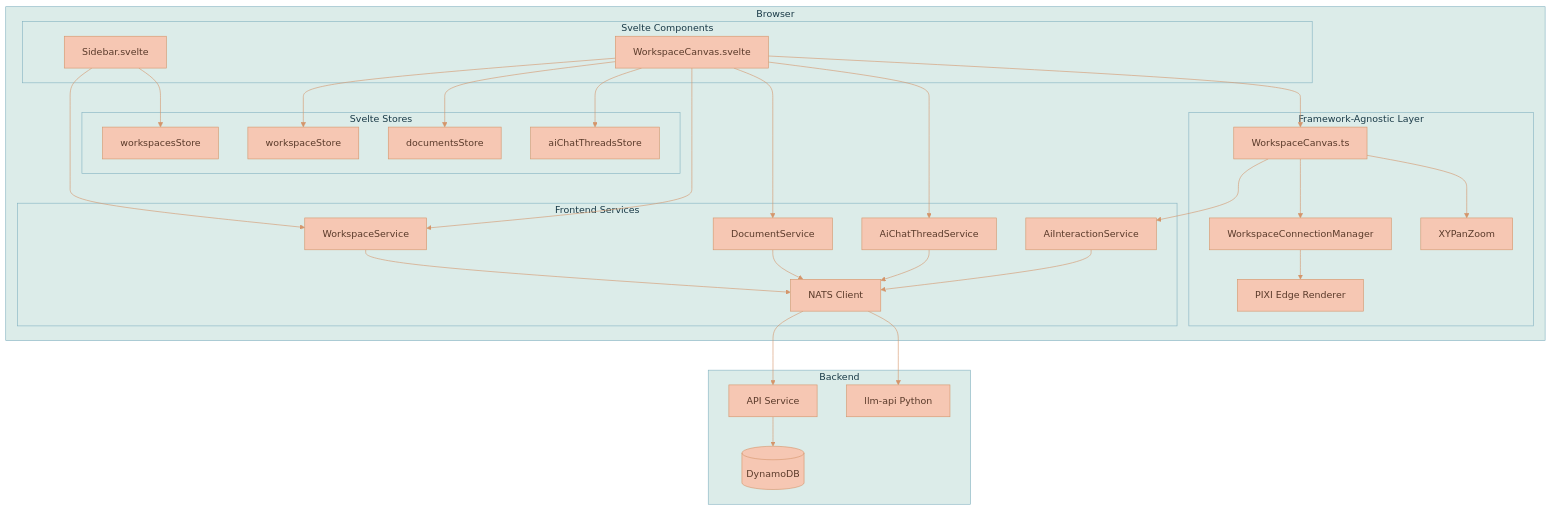
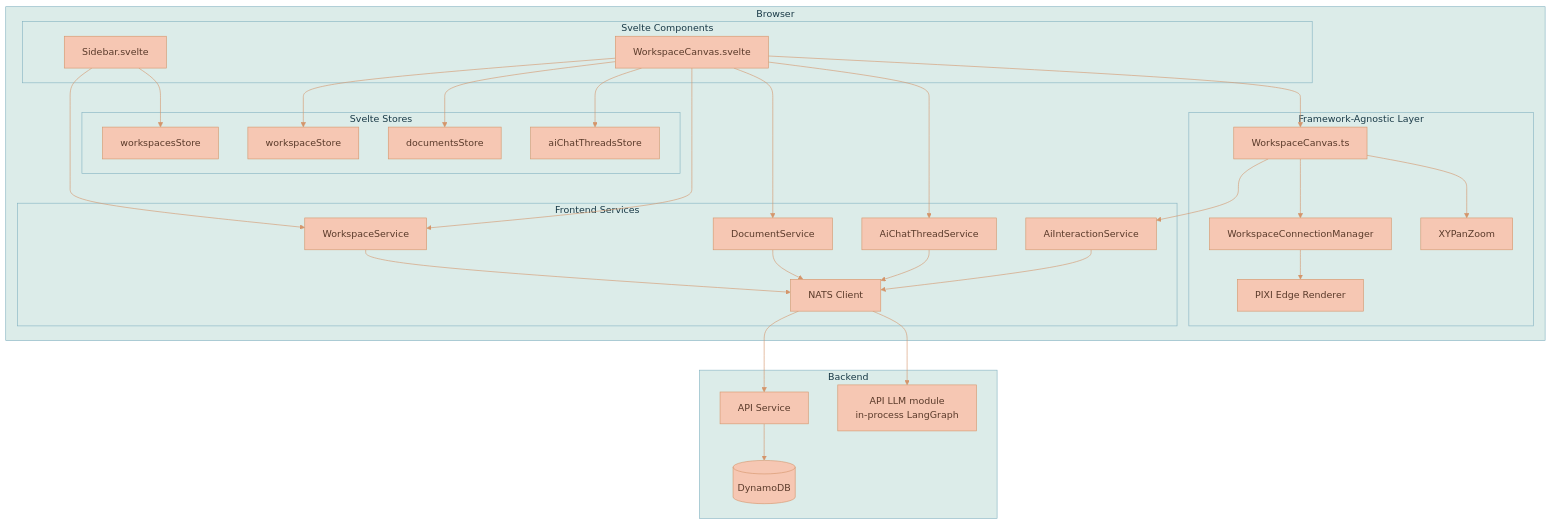
The first of 17 diagrams in documentation/features/WORKSPACE-FEATURE.md (Lixpi/lixpi), drawn with Mermaid before and after one commit. The commit also changed other lines of this file and 13 other files, not shown here.

````diff
--- a/documentation/features/WORKSPACE-FEATURE.md
+++ b/documentation/features/WORKSPACE-FEATURE.md
@@ -29,60 +31,60 @@
 ```mermaid
 %%{init: {'theme': 'base', 'themeVariables': { 'primaryColor': '#F6C7B3', 'primaryTextColor': '#5a3a2a', 'primaryBorderColor': '#d4956a', 'secondaryColor': '#C3DEDD', 'secondaryTextColor': '#1a3a47', 'secondaryBorderColor': '#4a8a9d', 'tertiaryColor': '#DCECE9', 'tertiaryTextColor': '#1a3a47', 'tertiaryBorderColor': '#82B2C0', 'lineColor': '#d4956a', 'textColor': '#5a3a2a'}}}%%
 flowchart TB
     subgraph Client["Browser"]
         subgraph Svelte["Svelte Components"]
             Sidebar[Sidebar.svelte]
             WCS[WorkspaceCanvas.svelte]
         end
 
         subgraph Stores["Svelte Stores"]
             WSS[workspacesStore]
             WS[workspaceStore]
             DS[documentsStore]
             TS[aiChatThreadsStore]
         end
 
         subgraph Infographics["Framework-Agnostic Layer"]
             WC[WorkspaceCanvas.ts]
             WCM[WorkspaceConnectionManager]
             XY[XYPanZoom]
             PER[PIXI Edge Renderer]
         end
 
         subgraph Services["Frontend Services"]
             WSvc[WorkspaceService]
             DSvc[DocumentService]
             TSvc[AiChatThreadService]
             AIS[AiInteractionService]
             NATS[NATS Client]
         end
     end
 
     subgraph Backend["Backend"]
         API[API Service]
-        LLMAPI[llm-api Python]
+        LLM[API LLM module<br/>in-process LangGraph]
         DB[(DynamoDB)]
     end
 
     Sidebar --> WSS
     Sidebar --> WSvc
     WCS --> WS
     WCS --> DS
     WCS --> TS
     WCS --> WC
     WC --> XY
     WC --> WCM
     WCM --> PER
 
     WCS --> WSvc
     WCS --> DSvc
     WCS --> TSvc
     WC --> AIS
     WSvc --> NATS
     DSvc --> NATS
     TSvc --> NATS
     AIS --> NATS
     NATS --> API
-    NATS --> LLMAPI
+    NATS --> LLM
     API --> DB
 ```
````
